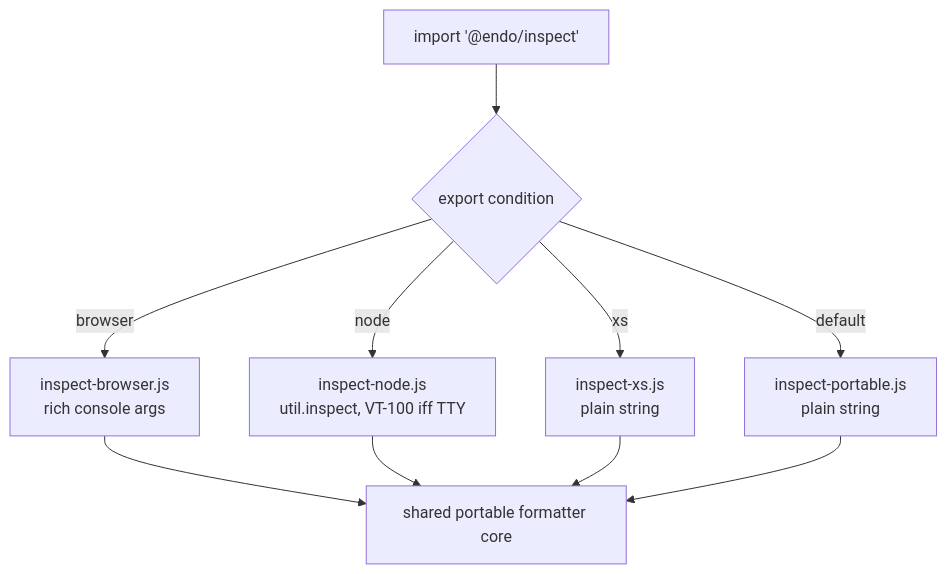
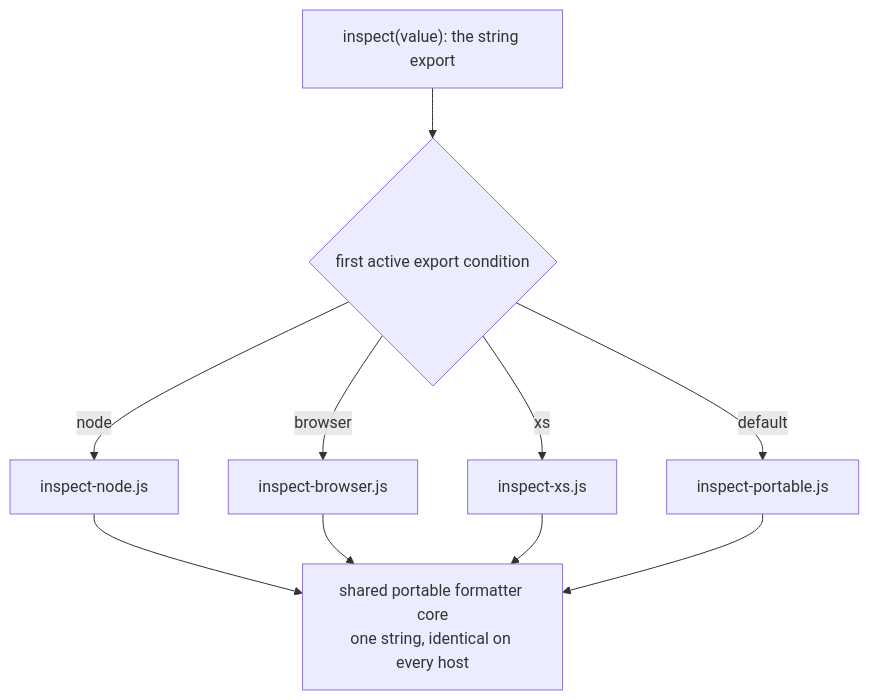
One commit to endojs/endo-but-for-bots changed the diagram in designs/inspect-package.md. Above: the diagram before and after it, drawn with Mermaid. The commit also changed other lines of this file and 1 other file, not shown here.

````diff
--- a/designs/inspect-package.md
+++ b/designs/inspect-package.md
@@ -178,9 +232,9 @@
 ```mermaid
 flowchart TD
-  A["import '@endo/inspect'"] --> B{export condition}
-  B -->|browser| C["inspect-browser.js<br/>rich console args"]
-  B -->|node| D["inspect-node.js<br/>util.inspect, VT-100 iff TTY"]
-  B -->|xs| E["inspect-xs.js<br/>plain string"]
-  B -->|default| F["inspect-portable.js<br/>plain string"]
-  C & D & E & F --> G["shared portable formatter core"]
+  A["inspect(value): the string export"] --> B{first active export condition}
+  B -->|node| C["inspect-node.js"]
+  B -->|browser| D["inspect-browser.js"]
+  B -->|xs| E["inspect-xs.js"]
+  B -->|default| F["inspect-portable.js"]
+  C & D & E & F --> G["shared portable formatter core<br/>one string, identical on every host"]
 ```
````
